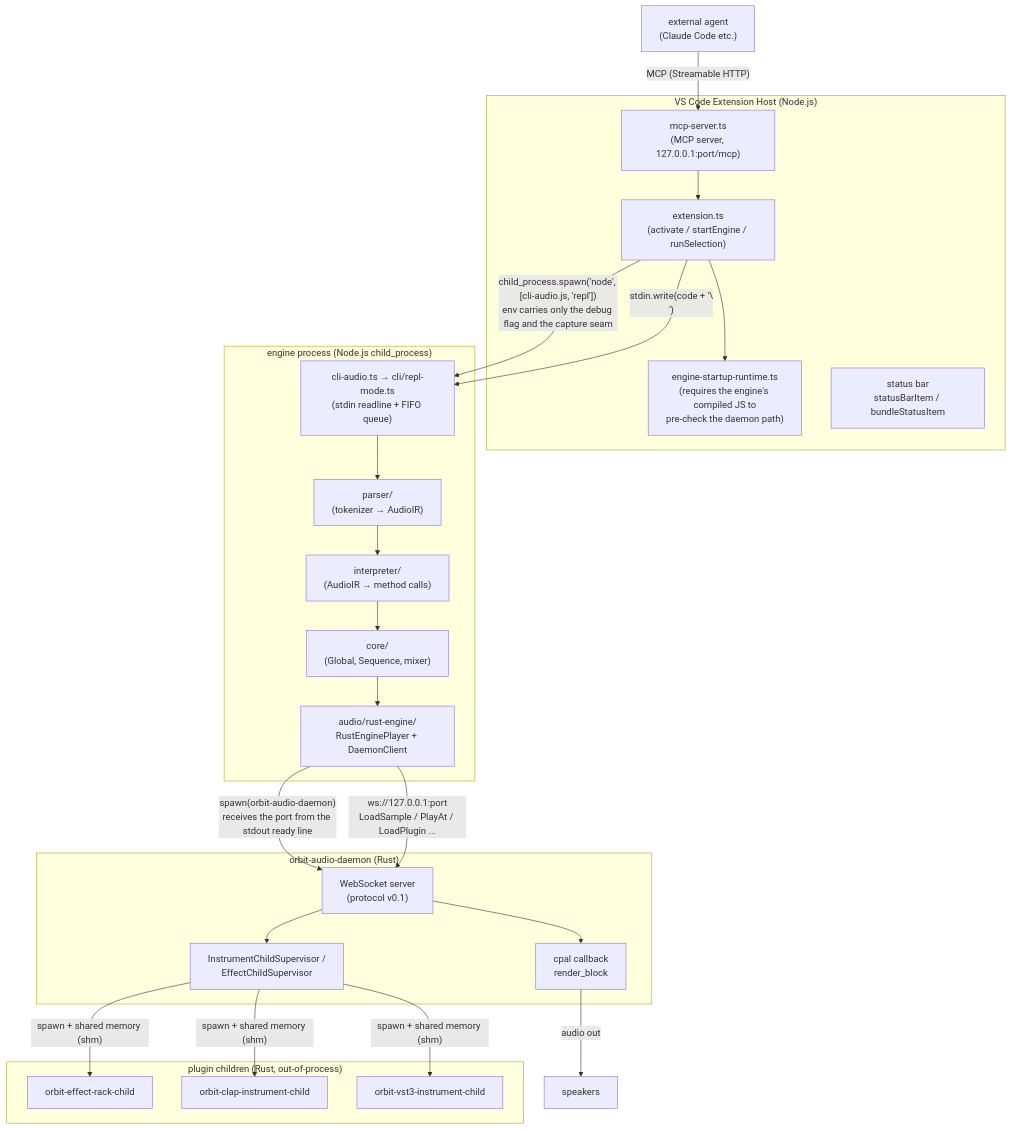
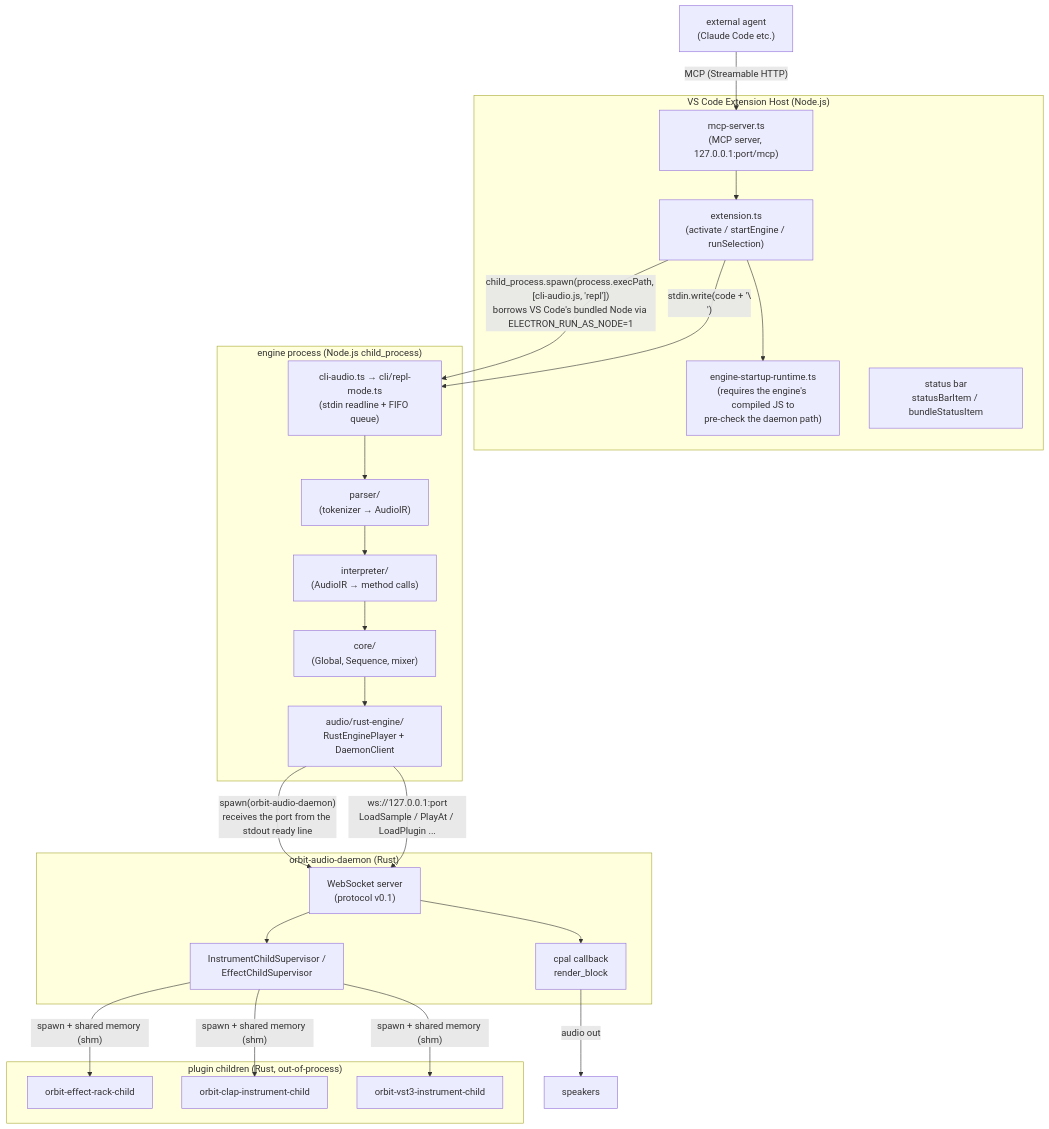
One commit to signalcompose/orbitscore changed the first of 2 diagrams in sites/dev/en/orientation/architecture-overview.md. Above: the diagram before and after it, drawn with Mermaid. The commit also changed other lines of this file and 7 other files, not shown here.

First line of the commit message:
docs: follow PR #889 into the prose, diagrams and test guides it left behind

````diff
--- a/sites/dev/en/orientation/architecture-overview.md
+++ b/sites/dev/en/orientation/architecture-overview.md
@@ -29,44 +29,44 @@
 ```mermaid
 graph TD
   subgraph "VS Code Extension Host (Node.js)"
     EXT["extension.ts\n(activate / startEngine / runSelection)"]
     MCP["mcp-server.ts\n(MCP server, 127.0.0.1:port/mcp)"]
     RESOLVER["engine-startup-runtime.ts\n(requires the engine's compiled JS to\npre-check the daemon path)"]
     STATUS["status bar\nstatusBarItem / bundleStatusItem"]
   end
 
   subgraph "engine process (Node.js child_process)"
     CLI["cli-audio.ts → cli/repl-mode.ts\n(stdin readline + FIFO queue)"]
     PARSER["parser/\n(tokenizer → AudioIR)"]
     INTERP["interpreter/\n(AudioIR → method calls)"]
     CORE["core/\n(Global, Sequence, mixer)"]
     PLAYER["audio/rust-engine/\nRustEnginePlayer + DaemonClient"]
   end
 
   subgraph "orbit-audio-daemon (Rust)"
     WS["WebSocket server\n(protocol v0.1)"]
     RENDER["cpal callback\nrender_block"]
     SUP["InstrumentChildSupervisor /\nEffectChildSupervisor"]
   end
 
   subgraph "plugin children (Rust, out-of-process)"
     CHILD1["orbit-effect-rack-child"]
     CHILD2["orbit-clap-instrument-child"]
     CHILD3["orbit-vst3-instrument-child"]
   end
 
   AGENT["external agent\n(Claude Code etc.)"] -->|"MCP (Streamable HTTP)"| MCP
   MCP --> EXT
-  EXT -->|"child_process.spawn('node', [cli-audio.js, 'repl'])\nenv carries only the debug flag and the capture seam"| CLI
+  EXT -->|"child_process.spawn(process.execPath, [cli-audio.js, 'repl'])\nborrows VS Code's bundled Node via ELECTRON_RUN_AS_NODE=1"| CLI
   EXT -->|"stdin.write(code + '\\n')"| CLI
   EXT --> RESOLVER
   CLI --> PARSER --> INTERP --> CORE --> PLAYER
   PLAYER -->|"spawn(orbit-audio-daemon)\nreceives the port from the stdout ready line"| WS
   PLAYER -->|"ws://127.0.0.1:port\nLoadSample / PlayAt / LoadPlugin ..."| WS
   WS --> RENDER
   WS --> SUP
   SUP -->|"spawn + shared memory (shm)"| CHILD1
   SUP -->|"spawn + shared memory (shm)"| CHILD2
   SUP -->|"spawn + shared memory (shm)"| CHILD3
   RENDER -->|"audio out"| DAC["speakers"]
 ```
````
